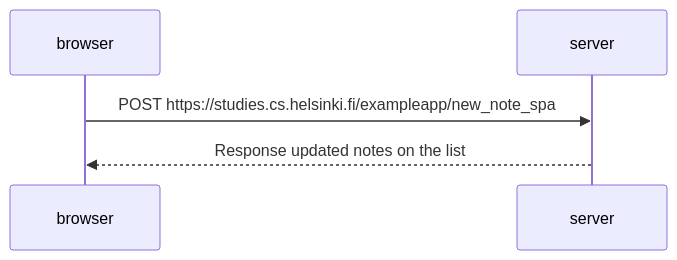
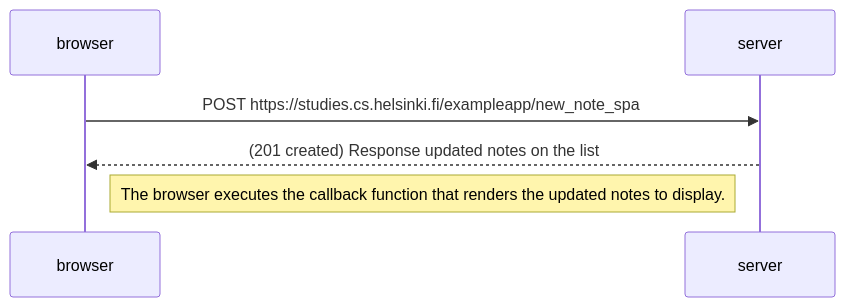
One commit to astroyan4739/learn_modern_web_development changed the diagram in Part 0/0.6_new_note_single_page_app_diagram.md. Above: the diagram before and after it, drawn with Mermaid.

````diff
--- a/Part 0/0.6_new_note_single_page_app_diagram.md
+++ b/Part 0/0.6_new_note_single_page_app_diagram.md
@@ -1,8 +1,9 @@
 ```mermaid
   sequenceDiagram
     participant browser
     participant server
 
     browser ->> server: POST https://studies.cs.helsinki.fi/exampleapp/new_note_spa
-    server -->> browser: Response updated notes on the list
+    server -->> browser: (201 created) Response updated notes on the list
+    Note right of browser: The browser executes the callback function that renders the updated notes to display.
 ```
````
